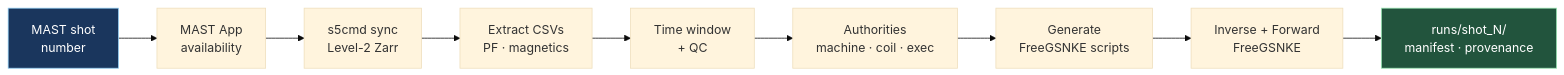
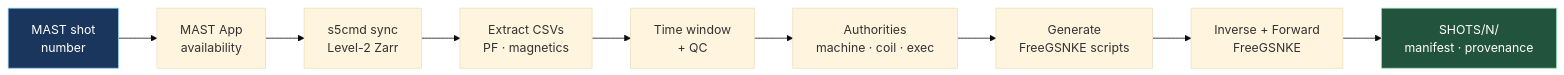
The first of 3 diagrams in README.md (afshin-arj/Fair-MAST-to-FreeGSNKE-Conversion-tool), drawn with Mermaid (base theme) before and after one commit. The commit also changed other lines of this file and 19 other files, not shown here.

First line of the commit message:
feat: multi-shot launcher, SHOTS/<N> outputs, and window authority fixes (v10.1.3)

````diff
--- a/README.md
+++ b/README.md
@@ -40,14 +40,14 @@
 ```mermaid
 flowchart LR
   A["MAST shot<br/>number"] --> B["MAST App<br/>availability"]
   B --> C["s5cmd sync<br/>Level-2 Zarr"]
   C --> D["Extract CSVs<br/>PF · magnetics"]
   D --> E["Time window<br/>+ QC"]
   E --> F["Authorities<br/>machine · coil · exec"]
   F --> G["Generate<br/>FreeGSNKE scripts"]
   G --> H["Inverse + Forward<br/>FreeGSNKE"]
-  H --> I["runs/shot_N/<br/>manifest · provenance"]
+  H --> I["SHOTS/N/<br/>manifest · provenance"]
 
   style A fill:#1a365d,stroke:#90cdf4,color:#fff
   style I fill:#22543d,stroke:#9ae6b4,color:#fff
 ```
````
